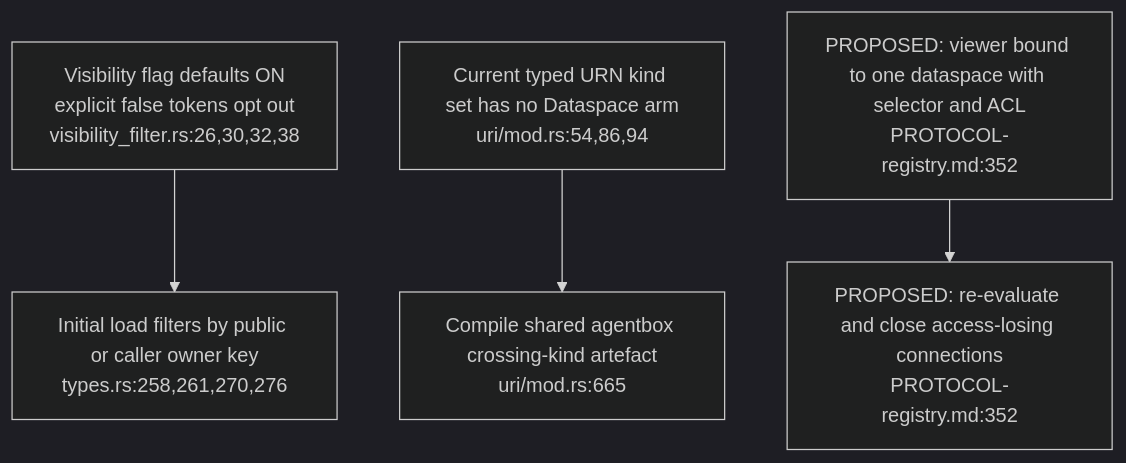
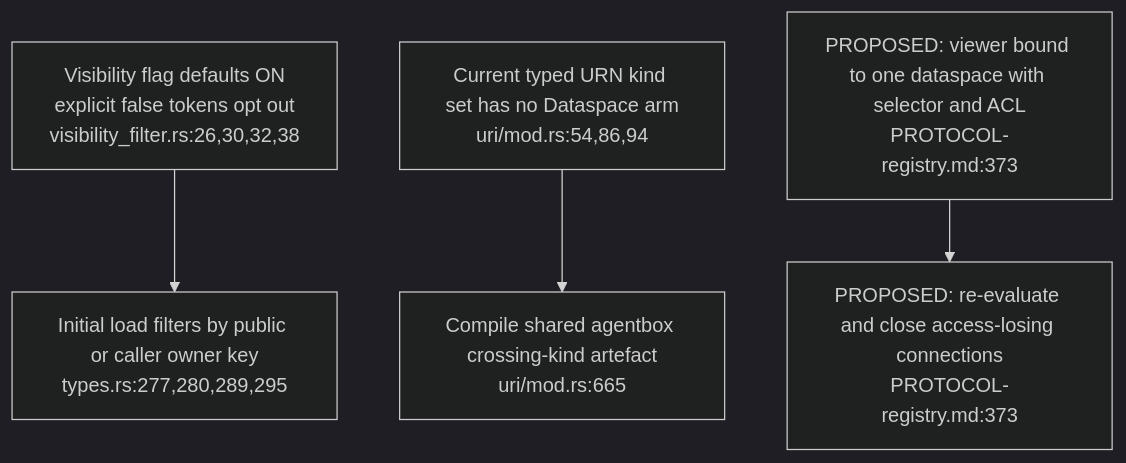
Before and after one commit to DreamLab-AI/VisionFlow: the second of 3 diagrams in docs/diagrams/visionclaw/48-dataspace-federation-prerequisites.md, drawn with Mermaid (dark theme). The commit also changed other lines of this file and 173 other files, not shown here.

````diff
--- a/docs/diagrams/visionclaw/48-dataspace-federation-prerequisites.md
+++ b/docs/diagrams/visionclaw/48-dataspace-federation-prerequisites.md
@@ -46,6 +46,6 @@
 ```mermaid
 flowchart TD
-    FLAG["Visibility flag defaults ON<br/>explicit false tokens opt out<br/>visibility_filter.rs:26,30,32,38"] --> FILTER["Initial load filters by public or caller owner key<br/>types.rs:258,261,270,276"]
+    FLAG["Visibility flag defaults ON<br/>explicit false tokens opt out<br/>visibility_filter.rs:26,30,32,38"] --> FILTER["Initial load filters by public or caller owner key<br/>types.rs:277,280,289,295"]
     KINDS["Current typed URN kind set has no Dataspace arm<br/>uri/mod.rs:54,86,94"] --> SHARED["Compile shared agentbox crossing-kind artefact<br/>uri/mod.rs:665"]
-    SPEC["PROPOSED: viewer bound to one dataspace with selector and ACL<br/>PROTOCOL-registry.md:352"] --> RECHECK["PROPOSED: re-evaluate and close access-losing connections<br/>PROTOCOL-registry.md:352"]
+    SPEC["PROPOSED: viewer bound to one dataspace with selector and ACL<br/>PROTOCOL-registry.md:373"] --> RECHECK["PROPOSED: re-evaluate and close access-losing connections<br/>PROTOCOL-registry.md:373"]
 ```
````
